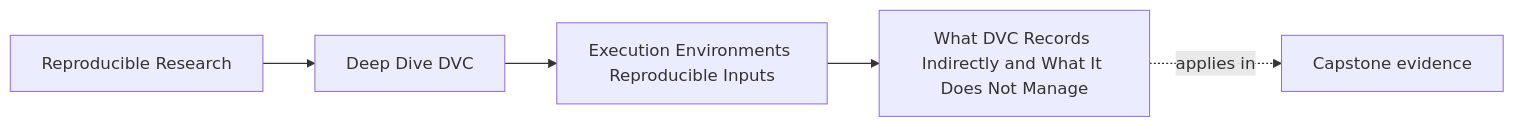
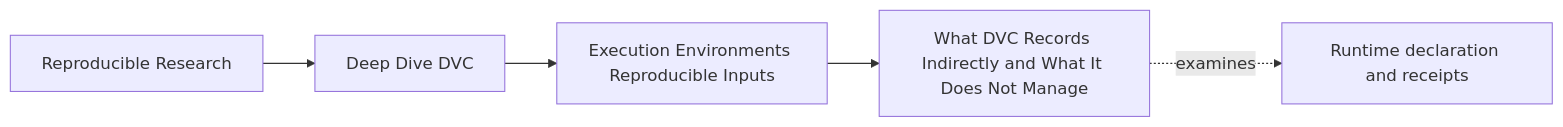
Before and after one commit to bijux/bijux-masterclass: the first of 4 diagrams in programs/reproducible-research/deep-dive-dvc/course-book/module-03-execution-environments-reproducible-inputs/what-dvc-records-indirectly-and-what-it-does-not-manage.md, drawn with Mermaid. The commit also changed other lines of this file, not shown here.

Commit message:
docs(dvc): separate runtime ownership from graph evidence

````diff
--- a/programs/reproducible-research/deep-dive-dvc/course-book/module-03-execution-environments-reproducible-inputs/what-dvc-records-indirectly-and-what-it-does-not-manage.md
+++ b/programs/reproducible-research/deep-dive-dvc/course-book/module-03-execution-environments-reproducible-inputs/what-dvc-records-indirectly-and-what-it-does-not-manage.md
@@ -7,11 +6,11 @@
 ```mermaid
 graph LR
   family["Reproducible Research"]
   program["Deep Dive DVC"]
   section["Execution Environments Reproducible Inputs"]
   page["What DVC Records Indirectly and What It Does Not Manage"]
-  capstone["Capstone evidence"]
+  capstone["Runtime declaration and receipts"]
 
   family --> program --> section --> page
-  page -.applies in.-> capstone
+  page -.examines.-> capstone
 ```
````
